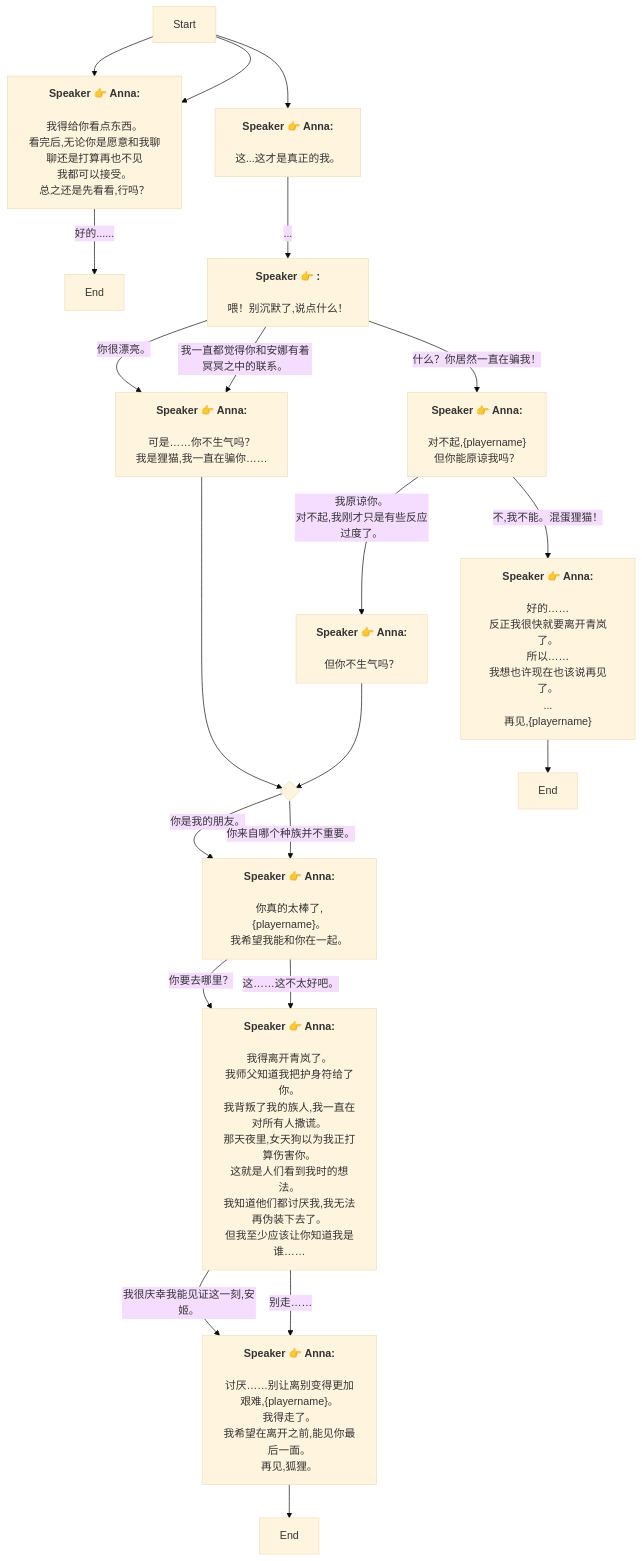
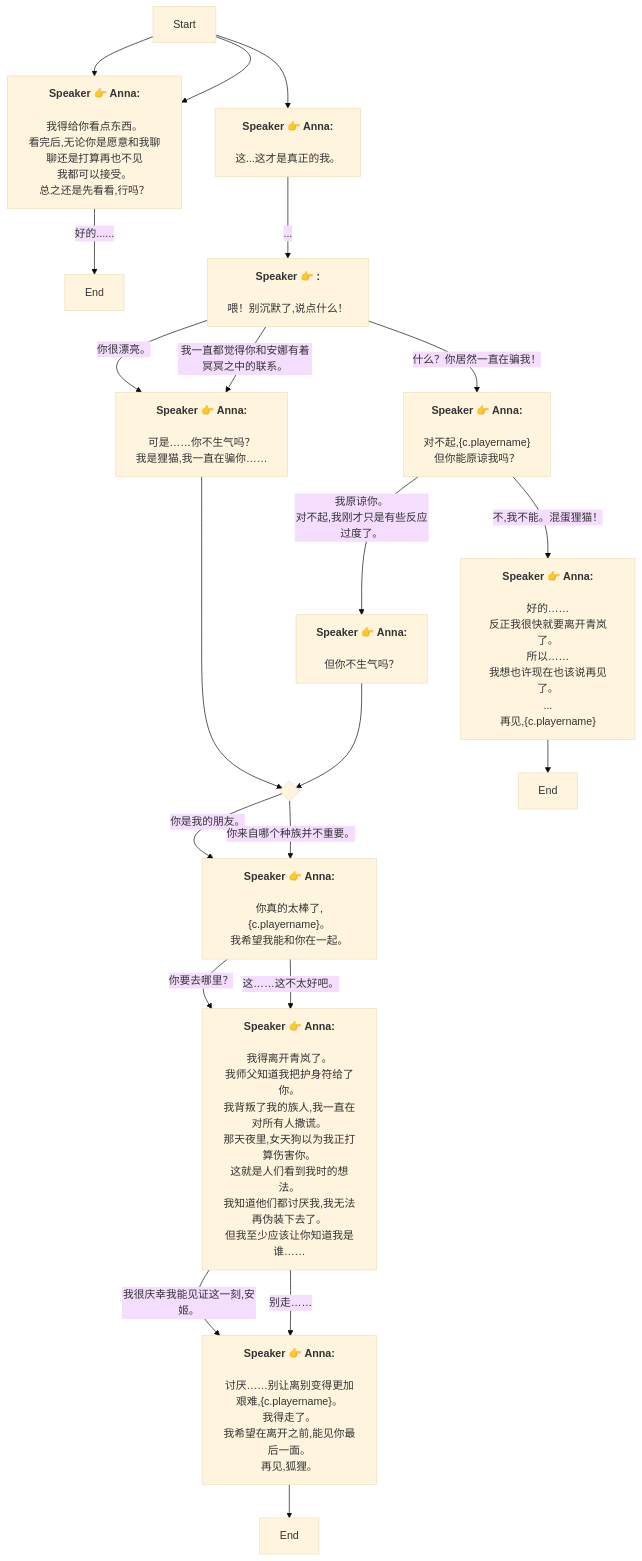
One commit to SoftHu/tos_avg changed the diagram in Zh/heart_4_6_2_8.md. Above: the diagram before and after it, drawn with Mermaid (base theme). The commit also changed 410 other files, not shown here.

````diff
--- a/Zh/heart_4_6_2_8.md
+++ b/Zh/heart_4_6_2_8.md
@@ -1,45 +1,45 @@
 ```mermaid
 graph
 Start -->1766672157337891[<b>Speaker 👉 Anna:</b>
 \n我得给你看点东西。\n看完后,无论你是愿意和我聊聊还是打算再也不见
 我都可以接受。\n总之还是先看看,行吗？]
 Start -->1766672157337891[<b>Speaker 👉 Anna:</b>
 \n我得给你看点东西。\n看完后,无论你是愿意和我聊聊还是打算再也不见
 我都可以接受。\n总之还是先看看,行吗？]
 1766672157337891 -->|好的......|1766681055228200[End]
 Start -->1766681208037674[<b>Speaker 👉 Anna:</b>
 \n这...这才是真正的我。]
 1766681208037674 -->|...|1766683664729456[<b>Speaker 👉 :</b>
 \n喂！别沉默了,说点什么！]
 1766683664729456 -->|什么？你居然一直在骗我！|1766683789556083[<b>Speaker 👉 Anna:</b>
-\n对不起,&lbrace;playername&rbrace;
+\n对不起,&lbrace;c.playername&rbrace;
 但你能原谅我吗？]
 1766683664729456 -->|你很漂亮。|1766683755688306[<b>Speaker 👉 Anna:</b>
 \n可是……你不生气吗？\n我是狸猫,我一直在骗你……]
 1766683664729456 -->|我一直都觉得你和安娜有着冥冥之中的联系。|1766683755688306[<b>Speaker 👉 Anna:</b>
 \n可是……你不生气吗？\n我是狸猫,我一直在骗你……]
 1766683755688306 -->441670938922076{ }
 1766685693769091 -->|你要去哪里？|1766685732531593[<b>Speaker 👉 Anna:</b>
 \n我得离开青岚了。\n我师父知道我把护身符给了你。\n我背叛了我的族人,我一直在对所有人撒谎。\n那天夜里,女天狗以为我正打算伤害你。\n这就是人们看到我时的想法。\n我知道他们都讨厌我,我无法再伪装下去了。\n但我至少应该让你知道我是谁……]
 1766685693769091 -->|这……这不太好吧。|1766685732531593[<b>Speaker 👉 Anna:</b>
 \n我得离开青岚了。\n我师父知道我把护身符给了你。\n我背叛了我的族人,我一直在对所有人撒谎。\n那天夜里,女天狗以为我正打算伤害你。\n这就是人们看到我时的想法。\n我知道他们都讨厌我,我无法再伪装下去了。\n但我至少应该让你知道我是谁……]
 1766685732531593 -->|我很庆幸我能见证这一刻,安姬。|1766685833229711[<b>Speaker 👉 Anna:</b>
-\n讨厌……别让离别变得更加艰难,&lbrace;playername&rbrace;。\n我得走了。\n我希望在离开之前,能见你最后一面。\n再见,狐狸。]
+\n讨厌……别让离别变得更加艰难,&lbrace;c.playername&rbrace;。\n我得走了。\n我希望在离开之前,能见你最后一面。\n再见,狐狸。]
 1766685732531593 -->|别走……|1766685833229711[<b>Speaker 👉 Anna:</b>
-\n讨厌……别让离别变得更加艰难,&lbrace;playername&rbrace;。\n我得走了。\n我希望在离开之前,能见你最后一面。\n再见,狐狸。]
+\n讨厌……别让离别变得更加艰难,&lbrace;c.playername&rbrace;。\n我得走了。\n我希望在离开之前,能见你最后一面。\n再见,狐狸。]
 1766685833229711 -->1766685840648592[End]
 1766683789556083 -->|不,我不能。混蛋狸猫！|1766685169377657[<b>Speaker 👉 Anna:</b>
-\n好的……\n反正我很快就要离开青岚了。\n所以……\n我想也许现在也该说再见了。\n...\n再见,&lbrace;playername&rbrace;]
+\n好的……\n反正我很快就要离开青岚了。\n所以……\n我想也许现在也该说再见了。\n...\n再见,&lbrace;c.playername&rbrace;]
 1766683789556083 -->|我原谅你。
 对不起,我刚才只是有些反应过度了。|1766685230215547[<b>Speaker 👉 Anna:</b>
 \n但你不生气吗？]
 1766685169377657 -->1766685341910398[End]
 441670938922076 -->|你是我的朋友。|1766685693769091[<b>Speaker 👉 Anna:</b>
-\n你真的太棒了,&lbrace;playername&rbrace;。
+\n你真的太棒了,&lbrace;c.playername&rbrace;。
 我希望我能和你在一起。]
 441670938922076 -->|你来自哪个种族并不重要。|1766685693769091[<b>Speaker 👉 Anna:</b>
-\n你真的太棒了,&lbrace;playername&rbrace;。
+\n你真的太棒了,&lbrace;c.playername&rbrace;。
 我希望我能和你在一起。]
 1766685230215547 -->441670938922076{ }
 
 ```
````
